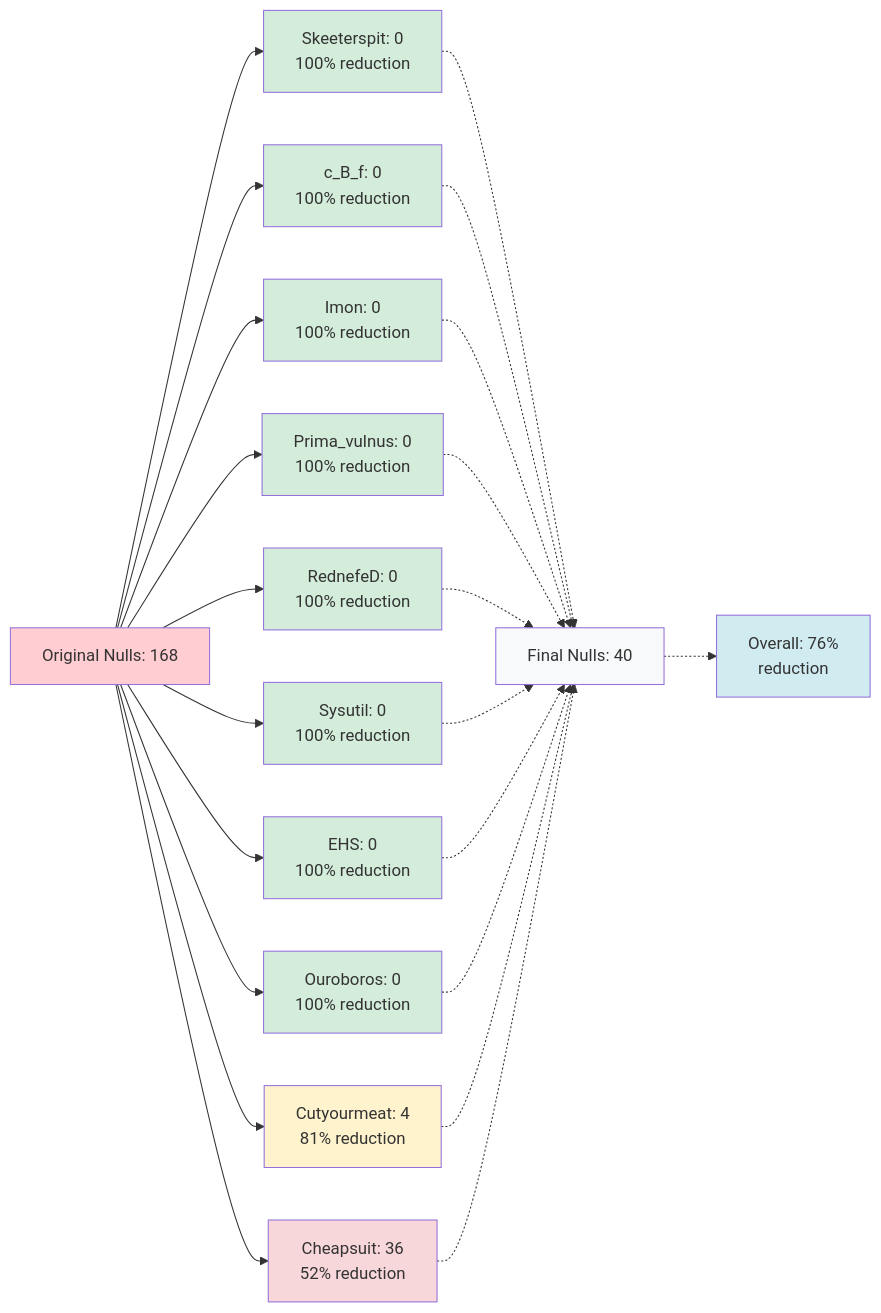
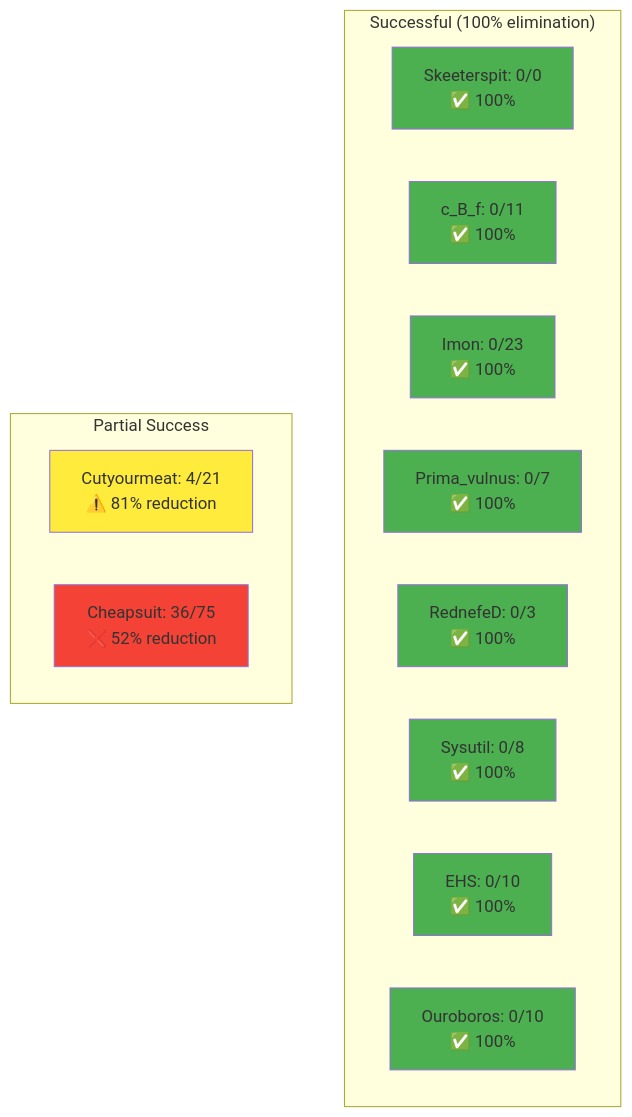
Before and after one commit to umpolungfish/byvalver: the diagram in DIAGRAMS/null_reduction_chart.md, drawn with Mermaid. The commit also changed other lines of this file and 1 other file, not shown here.

Commit message:
Improve null reduction chart visualization
- Replace confusing flowchart with clear subgraph representation
- Group test results by success rate (100% elimination vs partial success)
- Use color coding and emojis for better visual distinction
- Show actual null counts and percentages for each sample

````diff
--- a/DIAGRAMS/null_reduction_chart.md
+++ b/DIAGRAMS/null_reduction_chart.md
@@ -1,40 +10,29 @@
 ```mermaid
-graph LR
-    A[Original Nulls: 168] --> B[Skeeterspit: 0<br/>100% reduction]
-    A --> C[c_B_f: 0<br/>100% reduction]
-    A --> D[Imon: 0<br/>100% reduction]
-    A --> E[Prima_vulnus: 0<br/>100% reduction]
-    A --> F[RednefeD: 0<br/>100% reduction]
-    A --> G[Sysutil: 0<br/>100% reduction]
-    A --> H[EHS: 0<br/>100% reduction]
-    A --> I[Ouroboros: 0<br/>100% reduction]
-    A --> J[Cutyourmeat: 4<br/>81% reduction]
-    A --> K[Cheapsuit: 36<br/>52% reduction]
+graph TD
+    subgraph "Successful (100% elimination)"
+        A["Skeeterspit: 0/0<br/>✅ 100%"]
+        B["c_B_f: 0/11<br/>✅ 100%"]
+        C["Imon: 0/23<br/>✅ 100%"]
+        D["Prima_vulnus: 0/7<br/>✅ 100%"]
+        E["RednefeD: 0/3<br/>✅ 100%"]
+        F["Sysutil: 0/8<br/>✅ 100%"]
+        G["EHS: 0/10<br/>✅ 100%"]
+        H["Ouroboros: 0/10<br/>✅ 100%"]
+    end
 
-    B -.-> N[Final Nulls: 40]
-    C -.-> N
-    D -.-> N
-    E -.-> N
-    F -.-> N
-    G -.-> N
-    H -.-> N
-    I -.-> N
-    J -.-> N
-    K -.-> N
+    subgraph "Partial Success"
+        I["Cutyourmeat: 4/21<br/>⚠️ 81% reduction"]
+        J["Cheapsuit: 36/75<br/>❌ 52% reduction"]
+    end
 
-    N -.-> O[Overall: 76%<br/>reduction]
-
-    style A fill:#ffcdd2
-    style N fill:#f8f9fa
-    style O fill:#d1ecf1
-    style B fill:#d4edda
-    style C fill:#d4edda
-    style D fill:#d4edda
-    style E fill:#d4edda
-    style F fill:#d4edda
-    style G fill:#d4edda
-    style H fill:#d4edda
-    style I fill:#d4edda
-    style J fill:#fff3cd
-    style K fill:#f8d7da
+    style A fill:#4CAF50
+    style B fill:#4CAF50
+    style C fill:#4CAF50
+    style D fill:#4CAF50
+    style E fill:#4CAF50
+    style F fill:#4CAF50
+    style G fill:#4CAF50
+    style H fill:#4CAF50
+    style I fill:#FFEB3B
+    style J fill:#F44336
 ```
````
